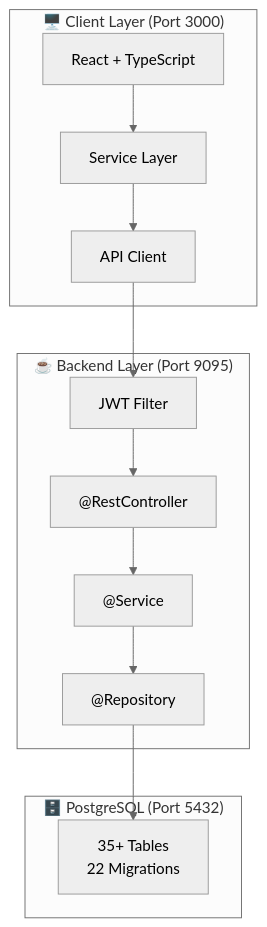
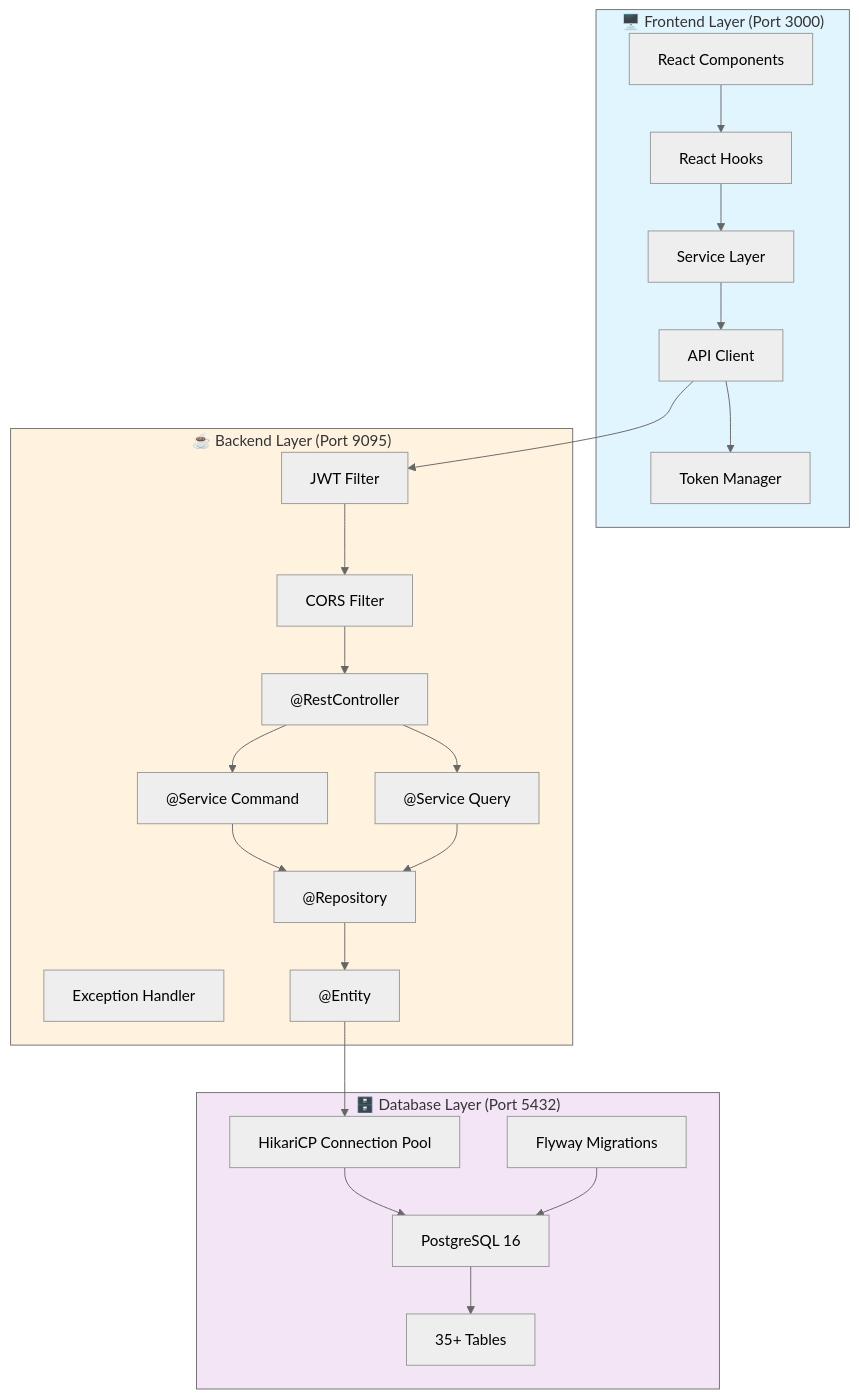
Before and after one commit to loucasty-cell/UIT-Java-Final-Project: the first of 20 diagrams in DEMO.md, drawn with Mermaid (neutral theme). The commit also changed other lines of this file and 2 other files, not shown here.

Commit message:
docs: enhance DEMO.md with comprehensive workflow diagrams and user journeys

````diff
--- a/DEMO.md
+++ b/DEMO.md
@@ -27,27 +27,52 @@
 ```mermaid
 graph TB
-    subgraph Client["🖥️ Client Layer (Port 3000)"]
-        React["React + TypeScript"]
-        Services["Service Layer"]
-        ApiClient["API Client"]
+    subgraph Frontend["🖥️ Frontend Layer (Port 3000)"]
+        RC["React Components"]
+        RH["React Hooks"]
+        SVC["Service Layer"]
+        API["API Client"]
+        TM["Token Manager"]
+        
+        RC --> RH
+        RH --> SVC
+        SVC --> API
+        API --> TM
     end
     
     subgraph Backend["☕ Backend Layer (Port 9095)"]
-        Controller["@RestController"]
-        Service["@Service"]
-        Repository["@Repository"]
-        Security["JWT Filter"]
+        CORS["CORS Filter"]
+        JWT["JWT Filter"]
+        EXC["Exception Handler"]
+        CTR["@RestController"]
+        CMD["@Service Command"]
+        QRY["@Service Query"]
+        REP["@Repository"]
+        ENT["@Entity"]
+        
+        JWT --> CORS
+        CORS --> CTR
+        CTR --> CMD
+        CTR --> QRY
+        CMD --> REP
+        QRY --> REP
+        REP --> ENT
     end
     
-    subgraph Database["🗄️ PostgreSQL (Port 5432)"]
-        Tables["35+ Tables<br/>22 Migrations"]
+    subgraph Database["🗄️ Database Layer (Port 5432)"]
+        POOL["HikariCP Connection Pool"]
+        FLYWAY["Flyway Migrations"]
+        PG["PostgreSQL 16"]
+        TABLES["35+ Tables"]
+        
+        POOL --> PG
+        FLYWAY --> PG
+        PG --> TABLES
     end
     
-    React --> Services
-    Services --> ApiClient
-    ApiClient --> Security
-    Security --> Controller
-    Controller --> Service
-    Service --> Repository
-    Repository --> Tables
+    API --> JWT
+    ENT --> POOL
+    
+    style Frontend fill:#e1f5ff
+    style Backend fill:#fff3e0
+    style Database fill:#f3e5f5
 ```
````
